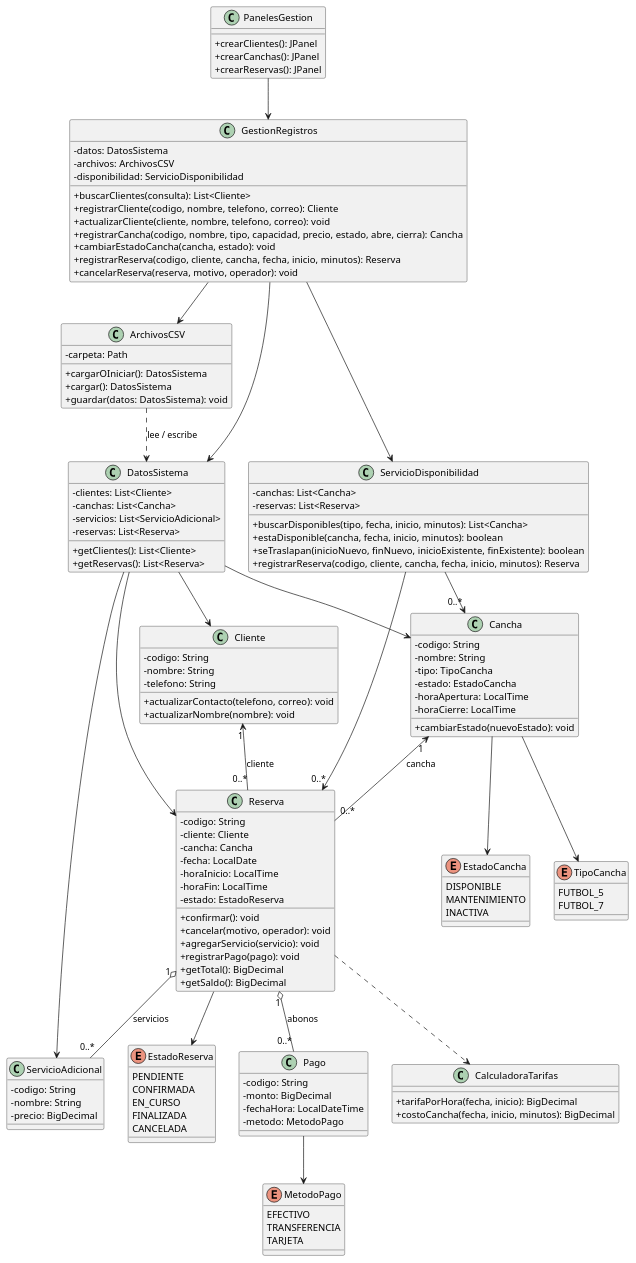
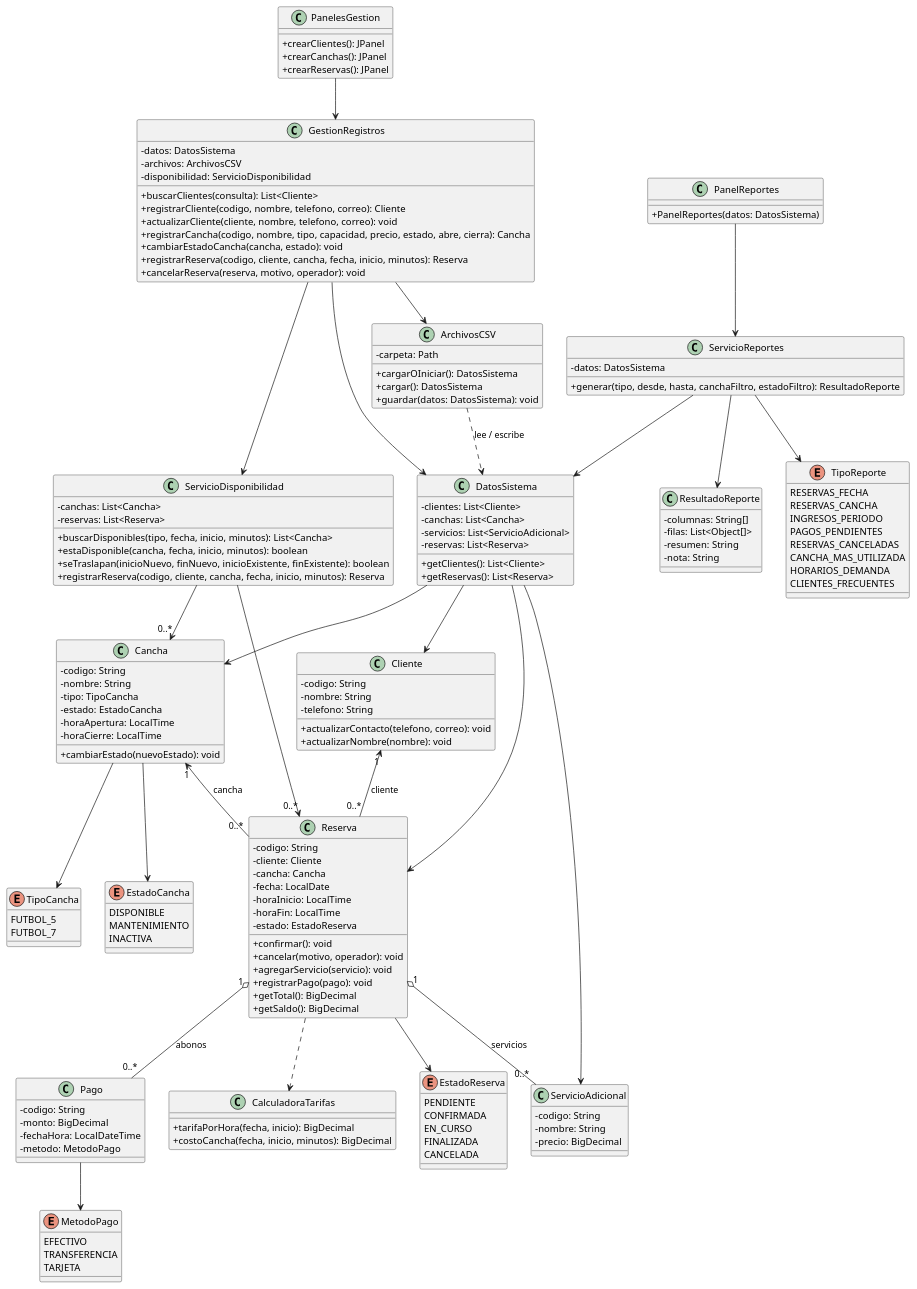
One commit to CacheJR/Proyecto-Programacion-II changed the diagram in diagrama_clases.puml. Above: the diagram before and after it, drawn with PlantUML. The commit also changed 8 other files, not shown here.

Commit message:
Avance 07: reportes agrupados y filtros por fecha, cancha y estado

```diff
--- a/diagrama_clases.puml
+++ b/diagrama_clases.puml
@@ -1,129 +1,157 @@
 @startuml
 skinparam classAttributeIconSize 0
 class Cliente {
   - codigo: String
   - nombre: String
   - telefono: String
   + actualizarContacto(telefono, correo): void
   + actualizarNombre(nombre): void
 }
 class Cancha {
   - codigo: String
   - nombre: String
   - tipo: TipoCancha
   - estado: EstadoCancha
   - horaApertura: LocalTime
   - horaCierre: LocalTime
   + cambiarEstado(nuevoEstado): void
 }
 class Reserva {
   - codigo: String
   - cliente: Cliente
   - cancha: Cancha
   - fecha: LocalDate
   - horaInicio: LocalTime
   - horaFin: LocalTime
   - estado: EstadoReserva
   + confirmar(): void
   + cancelar(motivo, operador): void
   + agregarServicio(servicio): void
   + registrarPago(pago): void
   + getTotal(): BigDecimal
   + getSaldo(): BigDecimal
 }
 class Pago {
   - codigo: String
   - monto: BigDecimal
   - fechaHora: LocalDateTime
   - metodo: MetodoPago
 }
 class ServicioAdicional {
   - codigo: String
   - nombre: String
   - precio: BigDecimal
 }
 class CalculadoraTarifas {
   + tarifaPorHora(fecha, inicio): BigDecimal
   + costoCancha(fecha, inicio, minutos): BigDecimal
 }
 enum MetodoPago {
   EFECTIVO
   TRANSFERENCIA
   TARJETA
 }
 Pago --> MetodoPago
 Reserva ..> CalculadoraTarifas
 class ServicioDisponibilidad {
   - canchas: List<Cancha>
   - reservas: List<Reserva>
   + buscarDisponibles(tipo, fecha, inicio, minutos): List<Cancha>
   + estaDisponible(cancha, fecha, inicio, minutos): boolean
   + seTraslapan(inicioNuevo, finNuevo, inicioExistente, finExistente): boolean
   + registrarReserva(codigo, cliente, cancha, fecha, inicio, minutos): Reserva
 }
 enum EstadoCancha {
  DISPONIBLE
  MANTENIMIENTO
  INACTIVA
 }
 enum EstadoReserva {
  PENDIENTE
  CONFIRMADA
  EN_CURSO
  FINALIZADA
  CANCELADA
 }
 enum TipoCancha {
  FUTBOL_5
  FUTBOL_7
 }
 Cliente "1" <-- "0..*" Reserva : cliente
 Cancha "1" <-- "0..*" Reserva : cancha
 Cancha --> EstadoCancha
 Cancha --> TipoCancha
 Reserva "1" o-- "0..*" Pago : abonos
 Reserva "1" o-- "0..*" ServicioAdicional : servicios
 Reserva --> EstadoReserva
 ServicioDisponibilidad --> "0..*" Cancha
 ServicioDisponibilidad --> "0..*" Reserva
 class GestionRegistros {
   - datos: DatosSistema
   - archivos: ArchivosCSV
   - disponibilidad: ServicioDisponibilidad
   + buscarClientes(consulta): List<Cliente>
   + registrarCliente(codigo, nombre, telefono, correo): Cliente
   + actualizarCliente(cliente, nombre, telefono, correo): void
   + registrarCancha(codigo, nombre, tipo, capacidad, precio, estado, abre, cierra): Cancha
   + cambiarEstadoCancha(cancha, estado): void
   + registrarReserva(codigo, cliente, cancha, fecha, inicio, minutos): Reserva
   + cancelarReserva(reserva, motivo, operador): void
 }
 class PanelesGestion {
   + crearClientes(): JPanel
   + crearCanchas(): JPanel
   + crearReservas(): JPanel
 }
 PanelesGestion --> GestionRegistros
 GestionRegistros --> DatosSistema
 GestionRegistros --> ArchivosCSV
 GestionRegistros --> ServicioDisponibilidad
 class DatosSistema {
   - clientes: List<Cliente>
   - canchas: List<Cancha>
   - servicios: List<ServicioAdicional>
   - reservas: List<Reserva>
   + getClientes(): List<Cliente>
   + getReservas(): List<Reserva>
 }
 class ArchivosCSV {
   - carpeta: Path
   + cargarOIniciar(): DatosSistema
   + cargar(): DatosSistema
   + guardar(datos: DatosSistema): void
 }
 ArchivosCSV ..> DatosSistema : lee / escribe
 DatosSistema --> Cliente
 DatosSistema --> Cancha
 DatosSistema --> Reserva
 DatosSistema --> ServicioAdicional
+' Avance 07: nuevas clases de reportes
+class PanelReportes {
+  + PanelReportes(datos: DatosSistema)
+}
+class ServicioReportes {
+  - datos: DatosSistema
+  + generar(tipo, desde, hasta, canchaFiltro, estadoFiltro): ResultadoReporte
+}
+class ResultadoReporte {
+  - columnas: String[]
+  - filas: List<Object[]>
+  - resumen: String
+  - nota: String
+}
+enum TipoReporte {
+  RESERVAS_FECHA
+  RESERVAS_CANCHA
+  INGRESOS_PERIODO
+  PAGOS_PENDIENTES
+  RESERVAS_CANCELADAS
+  CANCHA_MAS_UTILIZADA
+  HORARIOS_DEMANDA
+  CLIENTES_FRECUENTES
+}
+PanelReportes --> ServicioReportes
+ServicioReportes --> ResultadoReporte
+ServicioReportes --> TipoReporte
+ServicioReportes --> DatosSistema
 @enduml
```
